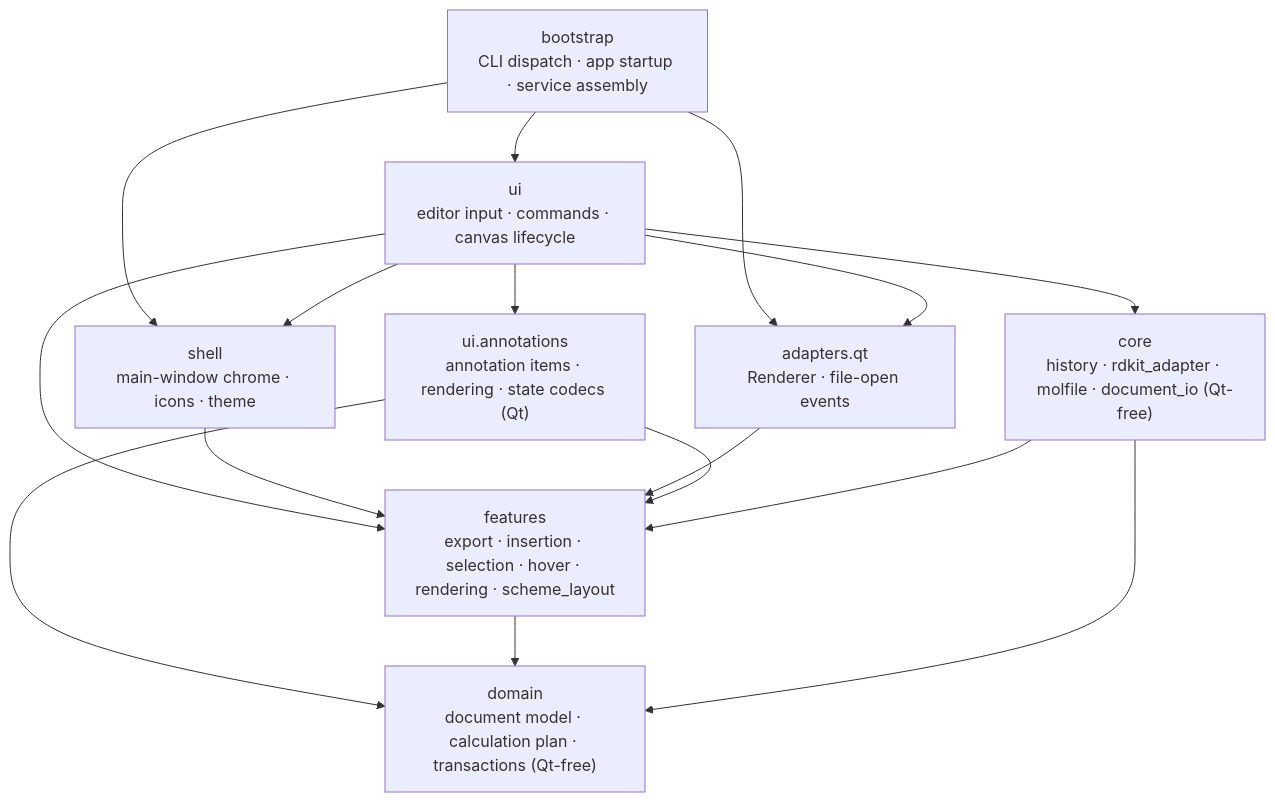
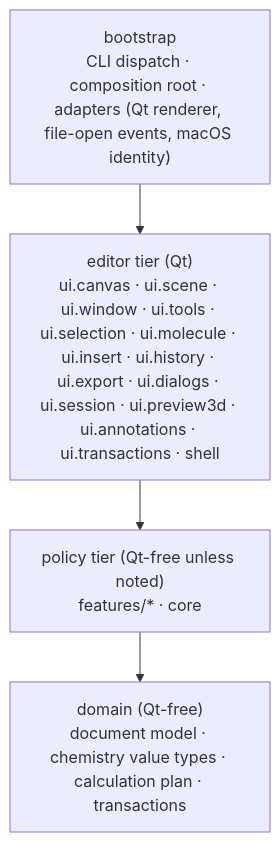
One commit to dhsohn/Chemvas changed the first of 4 diagrams in docs/ARCHITECTURE.md. Above: the diagram before and after it, drawn with Mermaid. The commit also changed other lines of this file and 907 other files, not shown here.

````diff
--- a/docs/ARCHITECTURE.md
+++ b/docs/ARCHITECTURE.md
@@ -9,26 +9,10 @@
 ```mermaid
 flowchart TB
-    bootstrap["bootstrap<br/>CLI dispatch · app startup · service assembly"]
-    shell["shell<br/>main-window chrome · icons · theme"]
-    ui["ui<br/>editor input · commands · canvas lifecycle"]
-    annotations["ui.annotations<br/>annotation items · rendering · state codecs (Qt)"]
-    adapters["adapters.qt<br/>Renderer · file-open events"]
-    features["features<br/>export · insertion · selection · hover · rendering · scheme_layout"]
-    core["core<br/>history · rdkit_adapter · molfile · document_io (Qt-free)"]
-    domain["domain<br/>document model · calculation plan · transactions (Qt-free)"]
-    bootstrap --> ui
-    bootstrap --> shell
-    bootstrap --> adapters
-    ui --> shell
-    ui --> adapters
-    ui --> annotations
-    ui --> features
-    ui --> core
-    shell --> features
-    adapters --> features
-    annotations --> domain
-    annotations --> features
-    features --> domain
-    core --> domain
-    core --> features
+    bootstrap["bootstrap<br/>CLI dispatch · composition root · adapters (Qt renderer, file-open events, macOS identity)"]
+    editor["editor tier (Qt)<br/>ui.canvas · ui.scene · ui.window · ui.tools · ui.selection · ui.molecule · ui.insert · ui.history · ui.export · ui.dialogs · ui.session · ui.preview3d · ui.annotations · ui.transactions · shell"]
+    policy["policy tier (Qt-free unless noted)<br/>features/* · core"]
+    domain["domain (Qt-free)<br/>document model · chemistry value types · calculation plan · transactions"]
+    bootstrap --> editor
+    editor --> policy
+    policy --> domain
 ```
````
